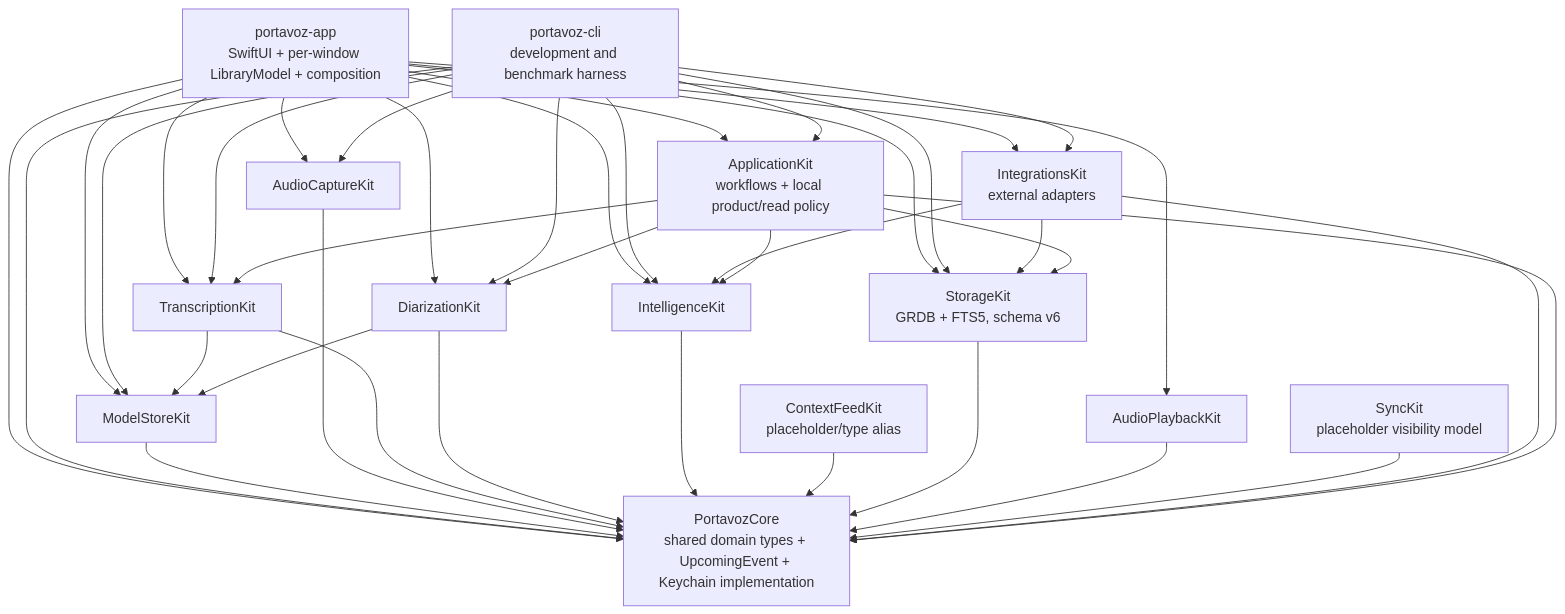
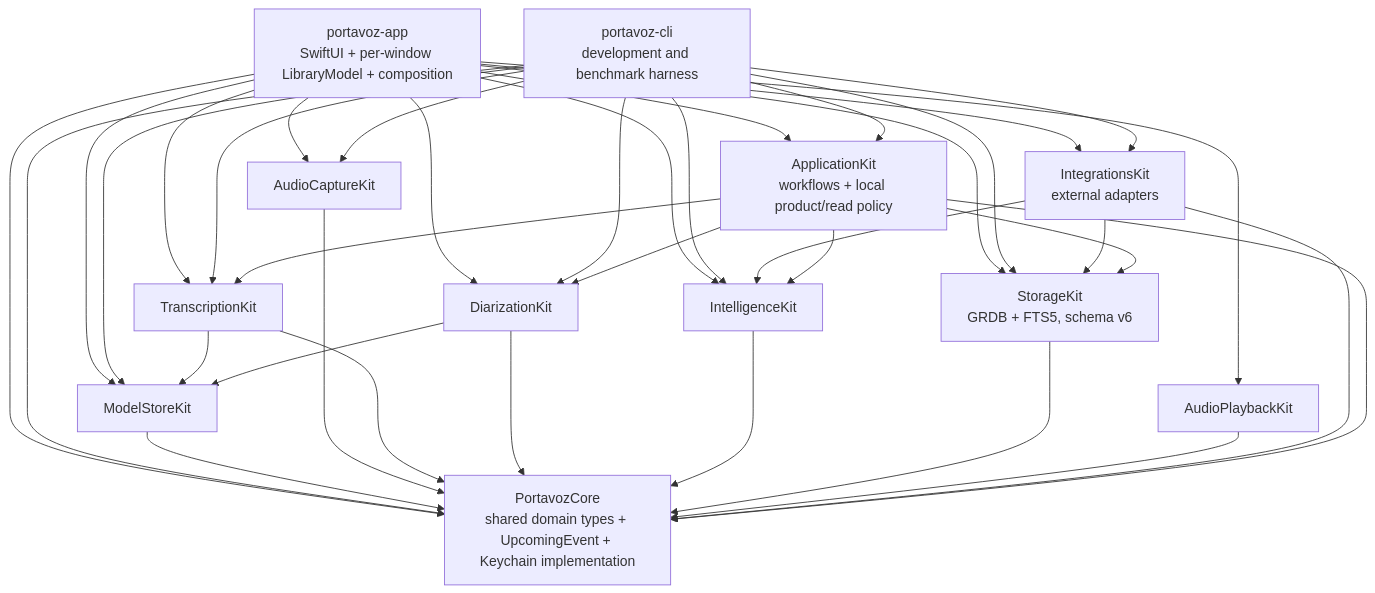
The first of 3 diagrams in docs/refactor-20260714.md (johnny4young/portavoz), drawn with Mermaid before and after one commit. The commit also changed other lines of this file and 15 other files, not shown here.

````diff
--- a/docs/refactor-20260714.md
+++ b/docs/refactor-20260714.md
@@ -76,56 +76,52 @@
 ```mermaid
 flowchart TB
     APP["portavoz-app\nSwiftUI + per-window LibraryModel + composition"]
     CLI["portavoz-cli\ndevelopment and benchmark harness"]
     APPLICATION["ApplicationKit\nworkflows + local product/read policy"]
     CORE["PortavozCore\nshared domain types + UpcomingEvent + Keychain implementation"]
     MODEL["ModelStoreKit"]
     CAPTURE["AudioCaptureKit"]
     STT["TranscriptionKit"]
     DIAR["DiarizationKit"]
     INTEL["IntelligenceKit"]
-    CONTEXT["ContextFeedKit\nplaceholder/type alias"]
     STORE["StorageKit\nGRDB + FTS5, schema v6"]
     PLAYBACK["AudioPlaybackKit"]
-    SYNC["SyncKit\nplaceholder visibility model"]
     INTEGRATIONS["IntegrationsKit\nexternal adapters"]
 
     APP --> CORE
     APP --> APPLICATION
     APP --> MODEL
     APP --> CAPTURE
     APP --> STT
     APP --> DIAR
     APP --> INTEL
     APP --> STORE
     APP --> PLAYBACK
     APP --> INTEGRATIONS
     CLI --> CORE
     CLI --> APPLICATION
     CLI --> MODEL
     CLI --> CAPTURE
     CLI --> STT
     CLI --> DIAR
     CLI --> INTEL
     CLI --> STORE
     CLI --> INTEGRATIONS
     MODEL --> CORE
     CAPTURE --> CORE
     STT --> CORE
     STT --> MODEL
     DIAR --> CORE
     DIAR --> MODEL
     INTEL --> CORE
-    CONTEXT --> CORE
     STORE --> CORE
     PLAYBACK --> CORE
-    SYNC --> CORE
     INTEGRATIONS --> CORE
     INTEGRATIONS --> INTEL
     INTEGRATIONS --> STORE
     APPLICATION --> CORE
     APPLICATION --> STT
     APPLICATION --> DIAR
     APPLICATION --> INTEL
     APPLICATION --> STORE
 ```
````
